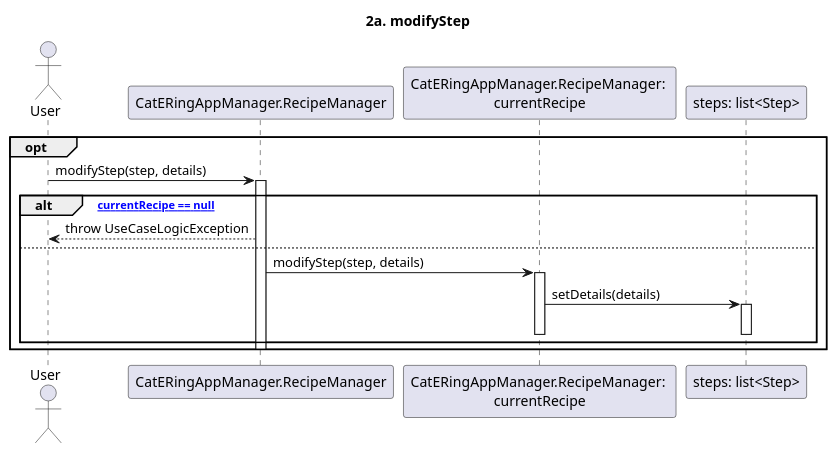
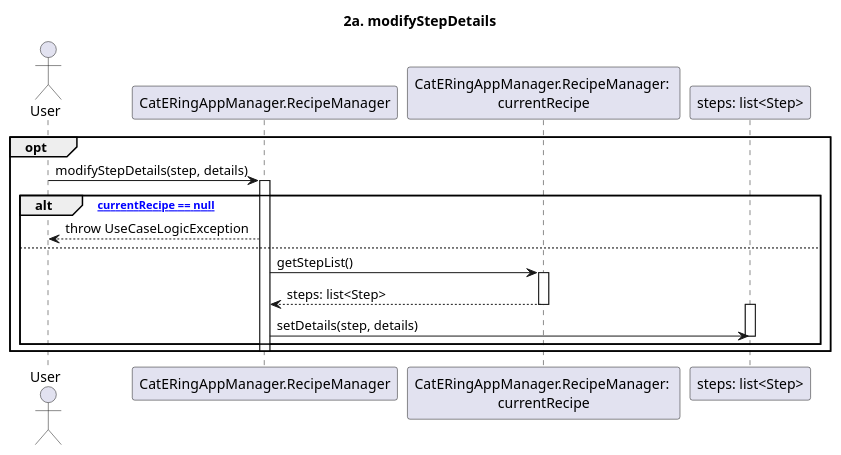
One commit to m0canu1/sas changed the diagram in dsd/dsd-ricette/estensioni/2a-modifyStep.md. Above: the diagram before and after it, drawn with PlantUML. The commit also changed 8 other files, not shown here.

````diff
--- a/dsd/dsd-ricette/estensioni/2a-modifyStep.md
+++ b/dsd/dsd-ricette/estensioni/2a-modifyStep.md
@@ -1,26 +1,29 @@
 ```plantuml
 
-title: 2a. modifyStep
+title: 2a. modifyStepDetails
 
 Actor User
 Participant "CatERingAppManager.RecipeManager" as RM 
 Participant "CatERingAppManager.RecipeManager: \ncurrentRecipe" as CR
 Participant "steps: list<Step>" as CS 
 opt
-    User -> RM: modifyStep(step, details)
+    User -> RM: modifyStepDetails(step, details)
     Activate RM
     alt ["currentRecipe == null"]
         RM --> User: throw UseCaseLogicException
     
     else
-        RM -> CR: modifyStep(step, details)
+        RM -> CR: getStepList()
         Activate CR
-        
-        CR -> CS: setDetails(details)
+        CR --> RM: steps: list<Step>
+
+       
+        Deactivate CR
+
         Activate CS
+        RM -> CS: setDetails(step, details)
         Deactivate CS       
-        Deactivate CR    
     end
     Deactivate RM
 end
 ```
````
